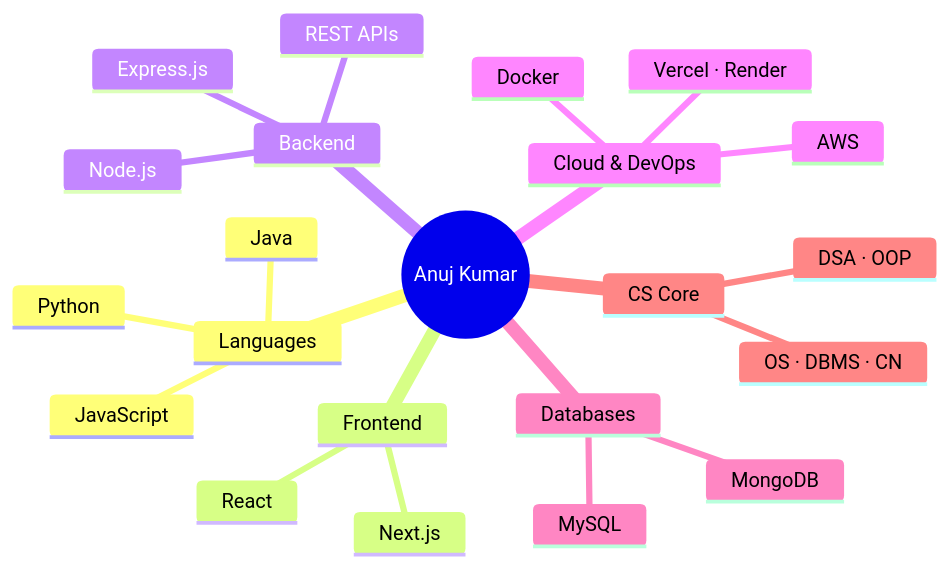
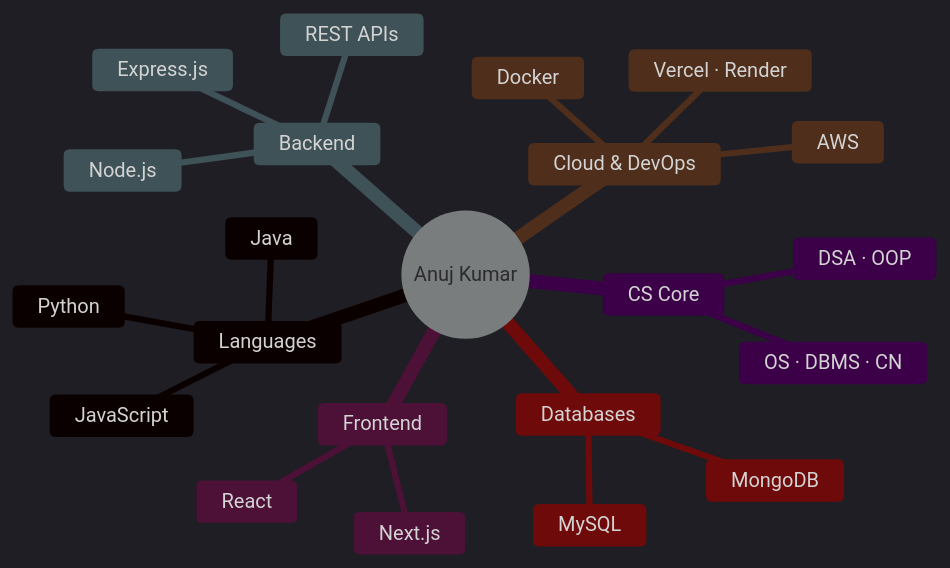
One commit to Anuj-er/Anuj-er changed the first of 2 diagrams in README.md. Above: the diagram before and after it, drawn with Mermaid. The commit also changed other lines of this file, not shown here.

Commit message:
fix: dark theme for mermaid diagrams, twitter logo, cache fix for stats

````diff
--- a/README.md
+++ b/README.md
@@ -66,25 +66,26 @@
 ```mermaid
+%%{init: {'theme': 'dark'}}%%
 mindmap
   root((Anuj Kumar))
     Languages
       Java
       Python
       JavaScript
     Frontend
       React
       Next.js
     Backend
       Node.js
       Express.js
       REST APIs
     Cloud & DevOps
       AWS
       Docker
       Vercel · Render
     Databases
       MongoDB
       MySQL
     CS Core
       DSA · OOP
       OS · DBMS · CN
 ```
````
